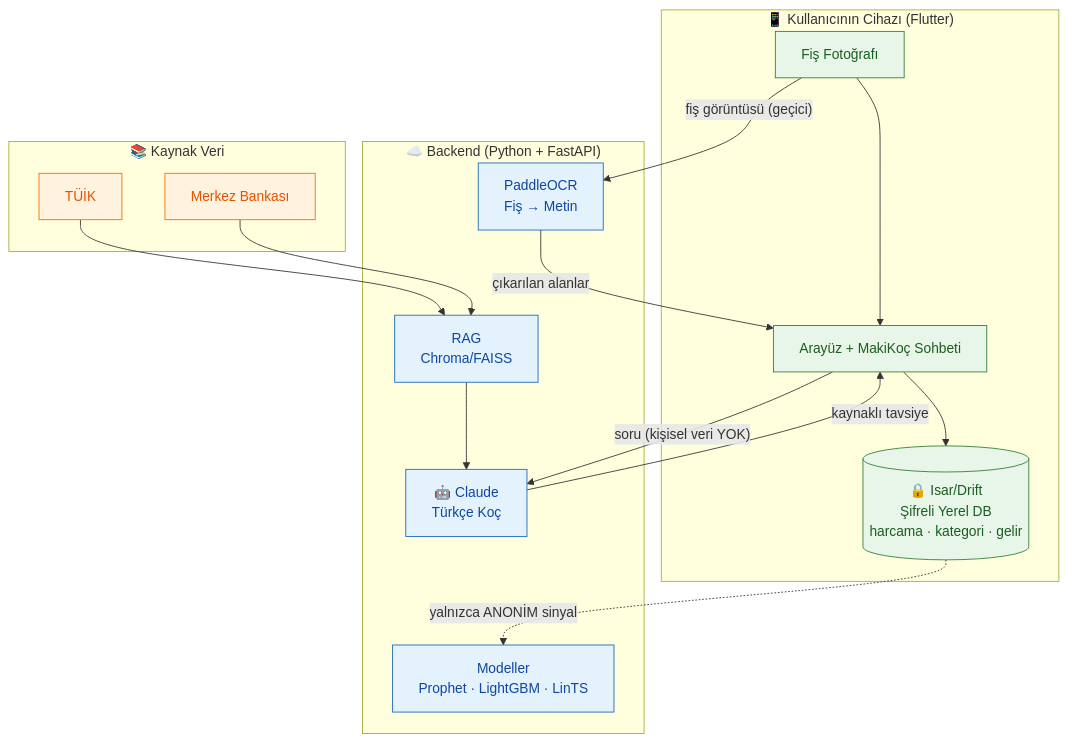
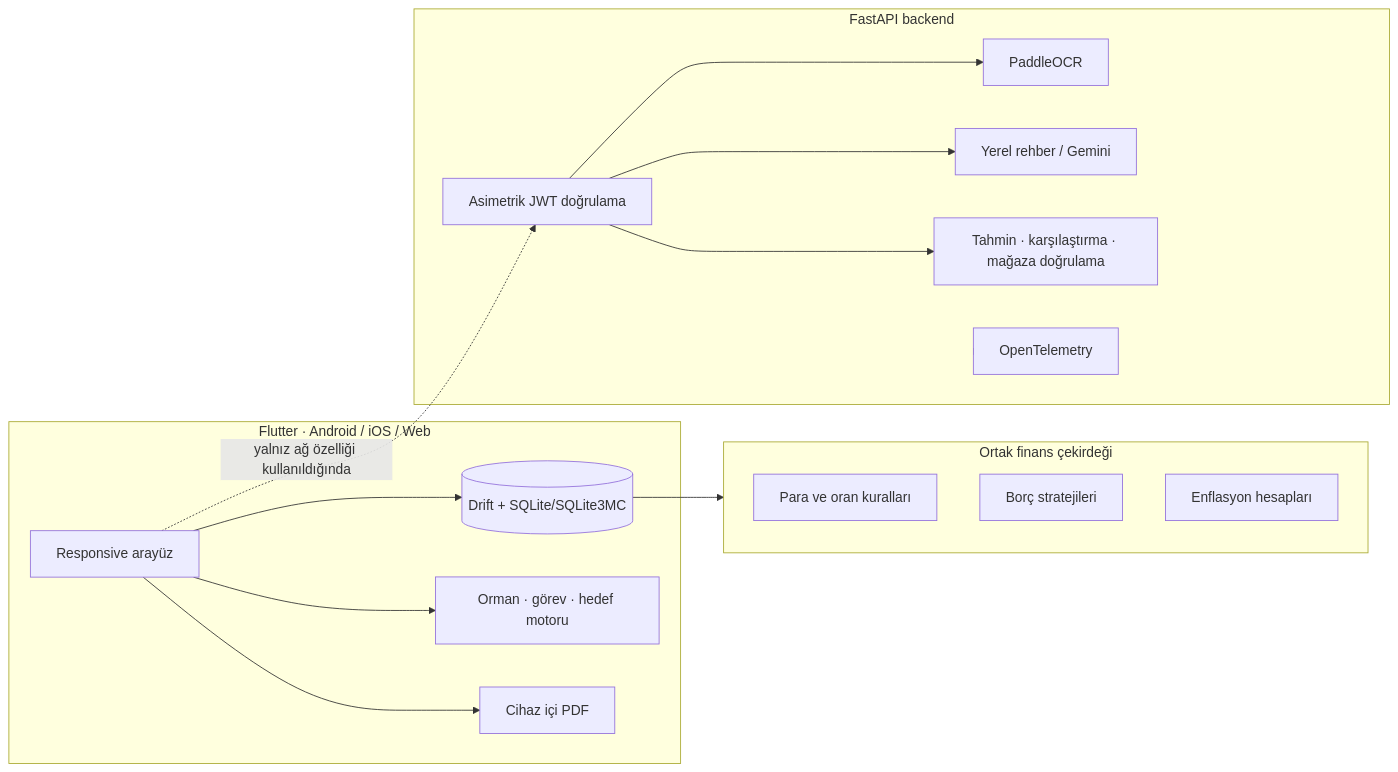
Before and after one commit to sevncmutlu/bootcamp: the diagram in README.md, drawn with Mermaid. The commit also changed other lines of this file and 471 other files, not shown here.

````diff
--- a/README.md
+++ b/README.md
@@ -57,38 +109,33 @@
 ```mermaid
-flowchart TB
-    subgraph Cihaz["📱 Kullanıcının Cihazı (Flutter)"]
-        UI["Arayüz + MakiKoç Sohbeti"]
-        LDB[("🔒 Isar/Drift<br/>Şifreli Yerel DB<br/>harcama · kategori · gelir")]
-        OCRD["Fiş Fotoğrafı"]
-        UI --> LDB
-        OCRD --> UI
-    end
+flowchart LR
+  subgraph Client["Flutter · Android / iOS / Web"]
+    UI["Responsive arayüz"]
+    DB[("Drift + SQLite/SQLite3MC")]
+    FOREST["Orman · görev · hedef motoru"]
+    REPORT["Cihaz içi PDF"]
+    UI --> DB
+    UI --> FOREST
+    UI --> REPORT
+  end
 
-    subgraph Sunucu["☁️ Backend (Python + FastAPI)"]
-        OCR["PaddleOCR<br/>Fiş → Metin"]
-        RAG["RAG<br/>Chroma/FAISS"]
-        ML["Modeller<br/>Prophet · LightGBM · LinTS"]
-        LLM["🤖 Claude<br/>Türkçe Koç"]
-    end
+  subgraph Core["Ortak finans çekirdeği"]
+    MONEY["Para ve oran kuralları"]
+    DEBT["Borç stratejileri"]
+    INFLATION["Enflasyon hesapları"]
+  end
 
-    subgraph Kaynak["📚 Kaynak Veri"]
-        TUIK["TÜİK"]
-        MB["Merkez Bankası"]
-    end
+  subgraph API["FastAPI backend"]
+    AUTH["Asimetrik JWT doğrulama"]
+    OCR["PaddleOCR"]
+    COACH["Yerel rehber / Gemini"]
+    ML["Tahmin · karşılaştırma · mağaza doğrulama"]
+    OTEL["OpenTelemetry"]
+  end
 
-    LDB -. "yalnızca ANONİM sinyal" .-> ML
-    OCRD -- "fiş görüntüsü (geçici)" --> OCR
-    OCR -- "çıkarılan alanlar" --> UI
-    UI -- "soru (kişisel veri YOK)" --> LLM
-    RAG --> LLM
-    TUIK --> RAG
-    MB --> RAG
-    LLM -- "kaynaklı tavsiye" --> UI
-
-    classDef device fill:#e8f5e9,stroke:#2e7d32,color:#1b5e20;
-    classDef server fill:#e3f2fd,stroke:#1565c0,color:#0d47a1;
-    classDef src fill:#fff3e0,stroke:#ef6c00,color:#e65100;
-    class UI,LDB,OCRD device;
-    class OCR,RAG,ML,LLM server;
-    class TUIK,MB src;
+  DB --> Core
+  UI -. "yalnız ağ özelliği kullanıldığında" .-> AUTH
+  AUTH --> OCR
+  AUTH --> COACH
+  AUTH --> ML
+  API --> OTEL
 ```
````
